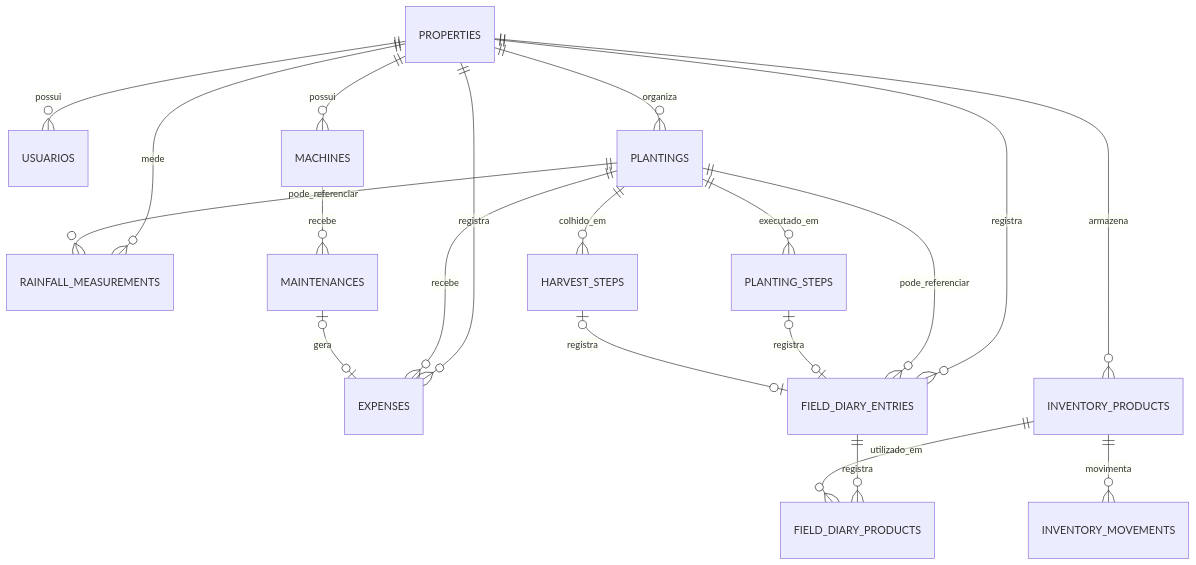
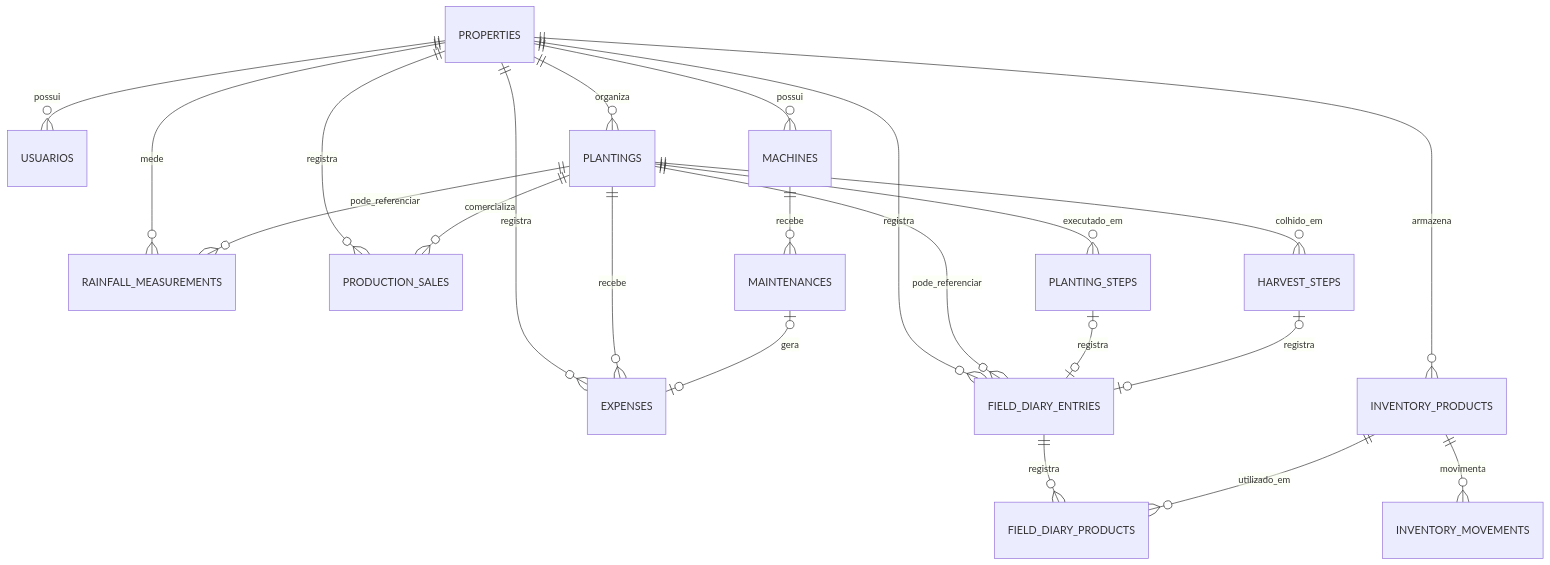
One commit to RodrigoPWalter/agrogestor changed the diagram in docs/DATABASE_MODEL.md. Above: the diagram before and after it, drawn with Mermaid. The commit also changed other lines of this file and 4 other files, not shown here.

````diff
--- a/docs/DATABASE_MODEL.md
+++ b/docs/DATABASE_MODEL.md
@@ -7,22 +7,24 @@
 ```mermaid
 erDiagram
     PROPERTIES ||--o{ USUARIOS : possui
     PROPERTIES ||--o{ PLANTINGS : organiza
     PROPERTIES ||--o{ EXPENSES : registra
     PROPERTIES ||--o{ INVENTORY_PRODUCTS : armazena
     PROPERTIES ||--o{ MACHINES : possui
     PROPERTIES ||--o{ FIELD_DIARY_ENTRIES : registra
     PROPERTIES ||--o{ RAINFALL_MEASUREMENTS : mede
+    PROPERTIES ||--o{ PRODUCTION_SALES : registra
     PLANTINGS ||--o{ EXPENSES : recebe
     PLANTINGS ||--o{ PLANTING_STEPS : executado_em
     PLANTINGS ||--o{ HARVEST_STEPS : colhido_em
+    PLANTINGS ||--o{ PRODUCTION_SALES : comercializa
     PLANTINGS ||--o{ FIELD_DIARY_ENTRIES : pode_referenciar
     PLANTING_STEPS o|--o| FIELD_DIARY_ENTRIES : registra
     HARVEST_STEPS o|--o| FIELD_DIARY_ENTRIES : registra
     PLANTINGS ||--o{ RAINFALL_MEASUREMENTS : pode_referenciar
     FIELD_DIARY_ENTRIES ||--o{ FIELD_DIARY_PRODUCTS : registra
     INVENTORY_PRODUCTS ||--o{ FIELD_DIARY_PRODUCTS : utilizado_em
     INVENTORY_PRODUCTS ||--o{ INVENTORY_MOVEMENTS : movimenta
     MACHINES ||--o{ MAINTENANCES : recebe
     MAINTENANCES o|--o| EXPENSES : gera
 ```
````
